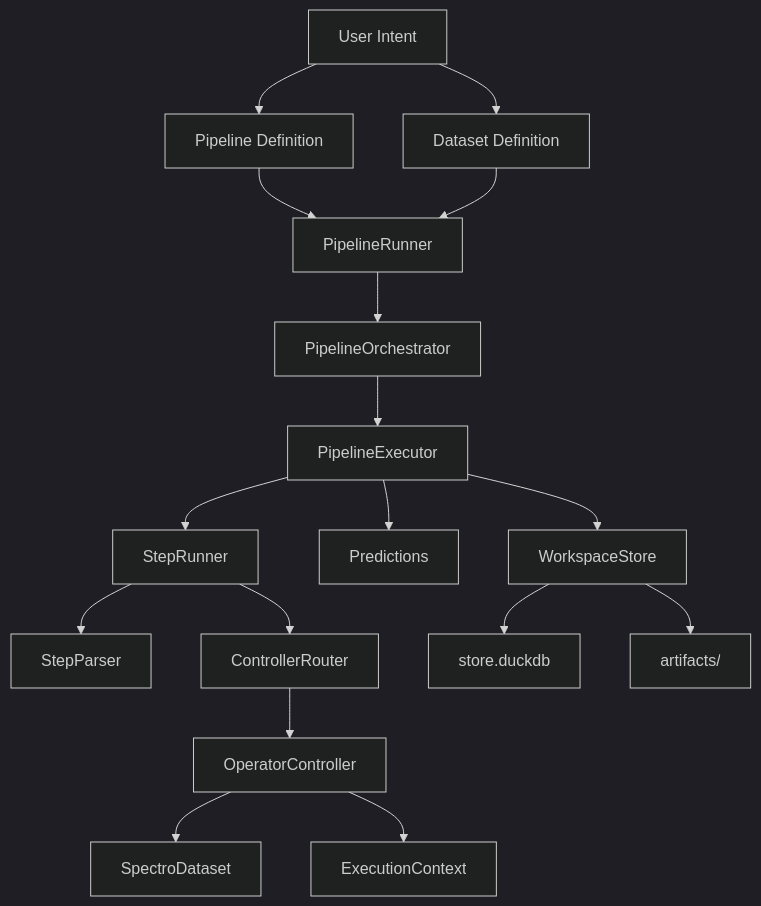
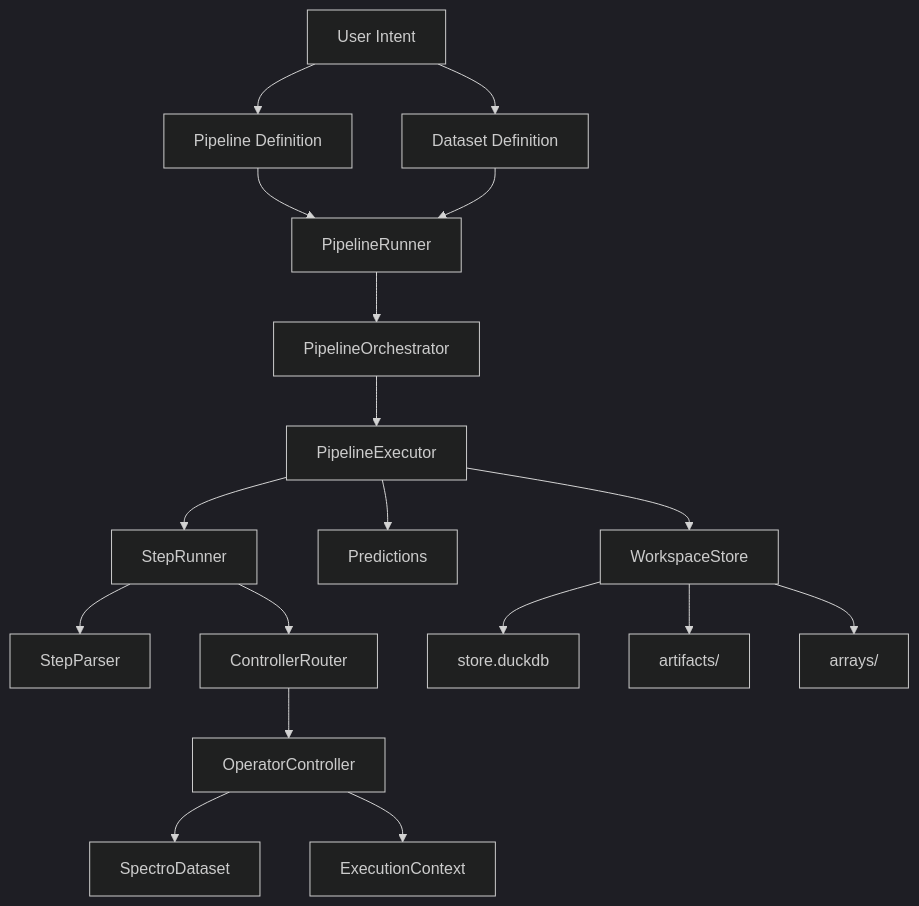
The first of 14 diagrams in docs/nirs4all_library_overview_2026-02-07.md (GBeurier/nirs4all), drawn with Mermaid (dark theme) before and after one commit. The commit also changed other lines of this file and 32 other files, not shown here.

````diff
--- a/docs/nirs4all_library_overview_2026-02-07.md
+++ b/docs/nirs4all_library_overview_2026-02-07.md
@@ -66,19 +66,20 @@
 ```mermaid
 flowchart TD
     A[User Intent] --> B[Pipeline Definition]
     A --> C[Dataset Definition]
     B --> D[PipelineRunner]
     C --> D
     D --> E[PipelineOrchestrator]
     E --> F[PipelineExecutor]
     F --> G[StepRunner]
     G --> H[StepParser]
     G --> I[ControllerRouter]
     I --> J[OperatorController]
     J --> K[SpectroDataset]
     J --> L[ExecutionContext]
     F --> M[Predictions]
     F --> N[WorkspaceStore]
     N --> O[store.duckdb]
     N --> P[artifacts/]
+    N --> Q[arrays/]
 ```
````
